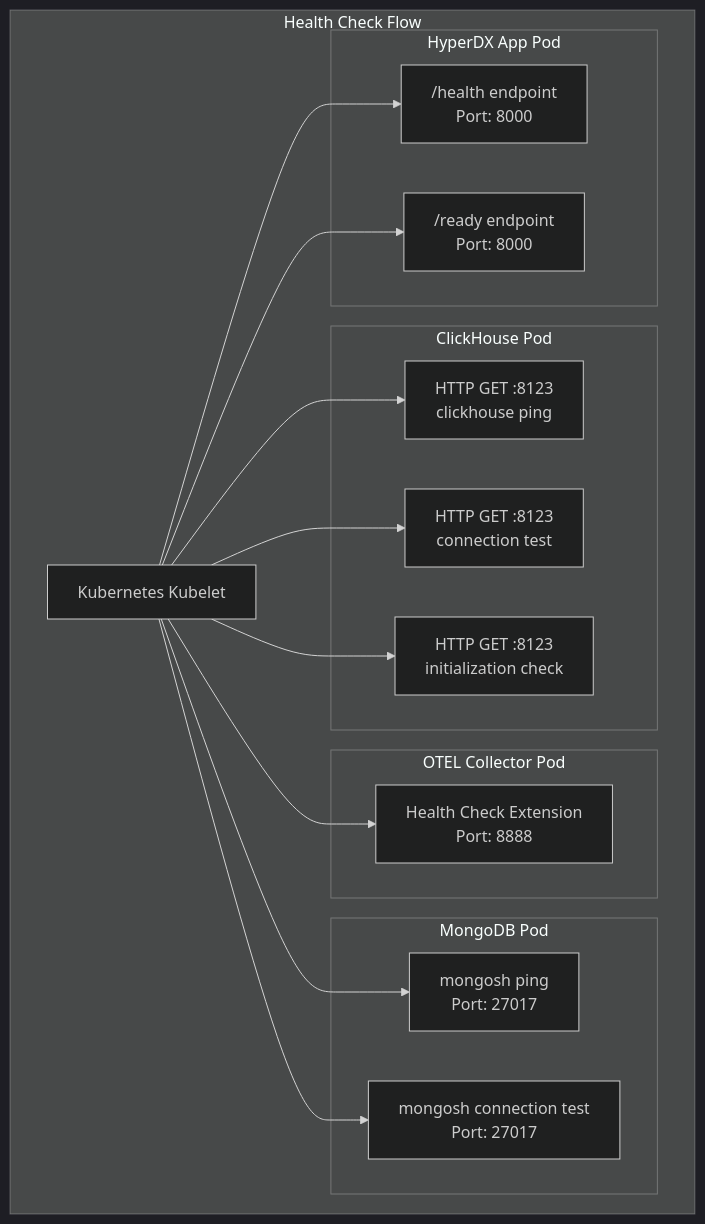
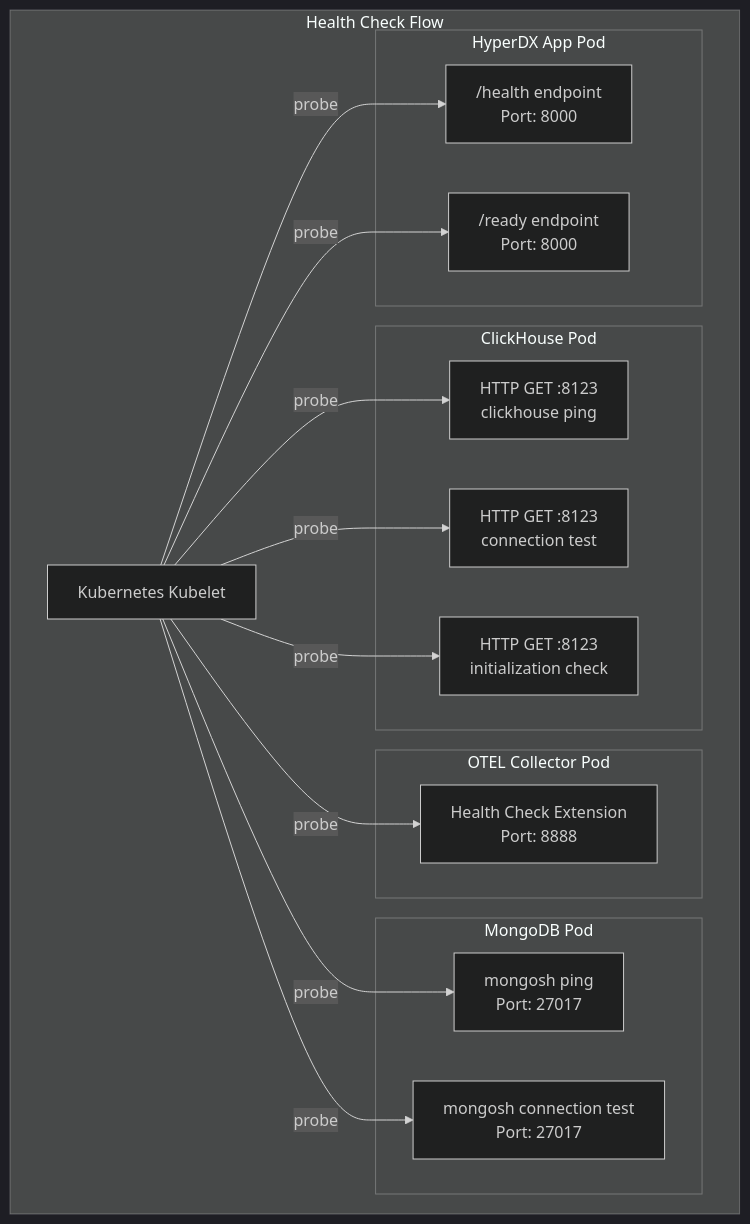
The second of 10 diagrams in docs/hyperdxio-helm-charts-docs/Operations-and-Maintenance.md (openchoreo/openchoreo), drawn with Mermaid (dark theme) before and after one commit. The commit also changed other lines of this file and 85 other files, not shown here.

Commit message:
feat: Add new workflow and specification templates, update Helm chart dependencies, and clarify documentation diagrams.

````diff
--- a/docs/hyperdxio-helm-charts-docs/Operations-and-Maintenance.md
+++ b/docs/hyperdxio-helm-charts-docs/Operations-and-Maintenance.md
@@ -106,45 +106,45 @@
 ```mermaid
 flowchart TD
 
 MongoLiveness["mongosh ping<br>Port: 27017"]
 K8s["Kubernetes Kubelet"]
 AppLiveness["/health endpoint<br>Port: 8000"]
 AppReadiness["/ready endpoint<br>Port: 8000"]
 CHLiveness["HTTP GET :8123<br>clickhouse ping"]
 CHReadiness["HTTP GET :8123<br>connection test"]
 CHStartup["HTTP GET :8123<br>initialization check"]
 OTELHealth["Health Check Extension<br>Port: 8888"]
 MongoReadiness["mongosh connection test<br>Port: 27017"]
 
 subgraph subGraph4 ["Health Check Flow"]
     K8s
-    K8s --> AppLiveness
-    K8s --> AppReadiness
-    K8s --> CHLiveness
-    K8s --> CHReadiness
-    K8s --> CHStartup
-    K8s --> OTELHealth
-    K8s --> MongoLiveness
-    K8s --> MongoReadiness
+    K8s -->|"probe"| AppLiveness
+    K8s -->|"probe"| AppReadiness
+    K8s -->|"probe"| CHLiveness
+    K8s -->|"probe"| CHReadiness
+    K8s -->|"probe"| CHStartup
+    K8s -->|"probe"| OTELHealth
+    K8s -->|"probe"| MongoLiveness
+    K8s -->|"probe"| MongoReadiness
 
 subgraph subGraph3 ["MongoDB Pod"]
     MongoLiveness
     MongoReadiness
 end
 
 subgraph subGraph2 ["OTEL Collector Pod"]
     OTELHealth
 end
 
 subgraph subGraph1 ["ClickHouse Pod"]
     CHLiveness
     CHReadiness
     CHStartup
 end
 
 subgraph subGraph0 ["HyperDX App Pod"]
     AppLiveness
     AppReadiness
 end
 end
 ```
````
